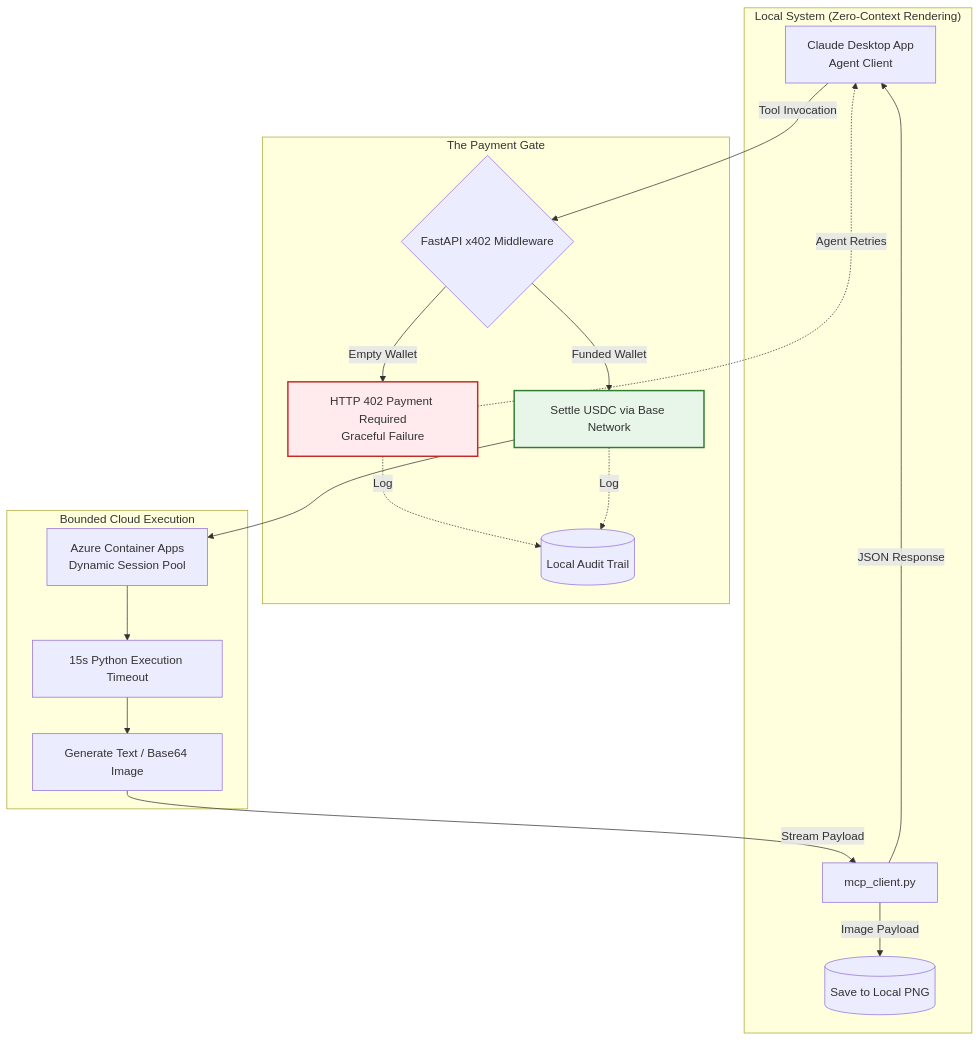
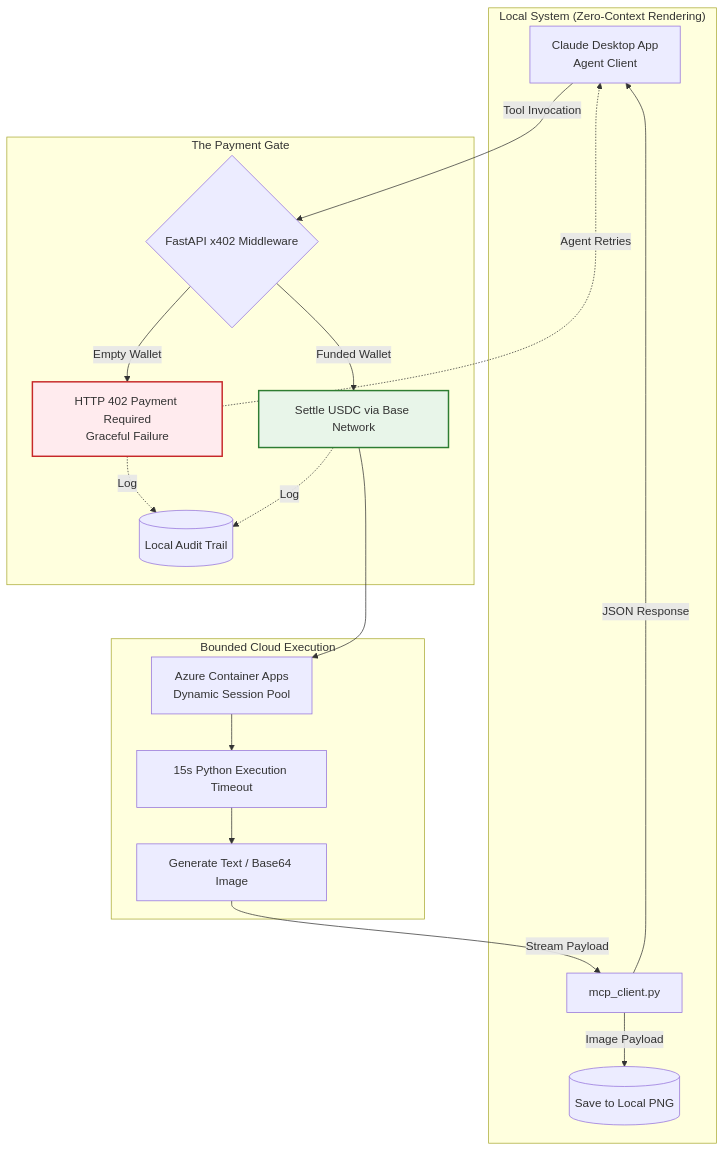
The diagram in README.md (codelad1304/agentic-compute-mcp), drawn with Mermaid before and after one commit.

````diff
--- a/README.md
+++ b/README.md
@@ -16,31 +16,34 @@
 ```mermaid
 graph TD
     A[Claude Desktop App<br>Agent Client] -->|Tool Invocation| B{FastAPI x402 Middleware}
     
     subgraph Gate ["The Payment Gate"]
-    B -->|Empty Wallet| C[HTTP 402 Payment Required<br>Graceful Failure]
-    B -->|Funded Wallet| D[Settle USDC via Base Network]
-    C -.->|Log| Z[(Local Audit Trail)]
-    D -.->|Log| Z
+        B -->|Empty Wallet| C[HTTP 402 Payment Required<br>Graceful Failure]
+        B -->|Funded Wallet| D[Settle USDC via Base Network]
+        C -.->|Log| Z[(Local Audit Trail)]
+        D -.->|Log| Z
     end
+    
+    %% Invisible structural link to force vertical placement
+    Z ~~~ E
     
     C -.->|Agent Retries| A
     D --> E[Azure Container Apps<br>Dynamic Session Pool]
     
     subgraph Cloud ["Bounded Cloud Execution"]
-    E --> F[15s Python Execution Timeout]
-    F --> G[Generate Text / Base64 Image]
+        E --> F[15s Python Execution Timeout]
+        F --> G[Generate Text / Base64 Image]
     end
     
     G -->|Stream Payload| H[mcp_client.py]
     
     subgraph Local ["Local System (Zero-Context Rendering)"]
-    H -->|JSON Response| A
-    H -->|Image Payload| I[(Save to Local PNG)]
+        H -->|JSON Response| A
+        H -->|Image Payload| I[(Save to Local PNG)]
     end
     
     classDef gate fill:#ffebee,stroke:#c62828,stroke-width:2px;
     classDef success fill:#e8f5e9,stroke:#2e7d32,stroke-width:2px;
     class C gate;
     class D success;
 ```
````
